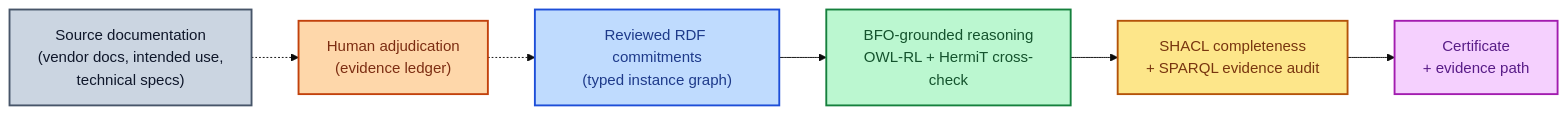
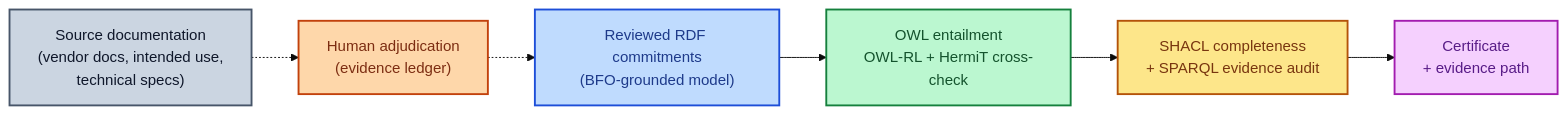
One commit to Amosk21/ARCO changed the diagram in README.md. Above: the diagram before and after it, drawn with Mermaid (base theme). The commit also changed other lines of this file, not shown here.

Commit message:
docs: clarify audit chain

````diff
--- a/README.md
+++ b/README.md
@@ -25,22 +25,22 @@
 ```mermaid
 flowchart LR
     SRC["Source documentation<br/>(vendor docs, intended use,<br/>technical specs)"]
     ADJ["Human adjudication<br/>(evidence ledger)"]
-    COMMIT["Reviewed RDF commitments<br/>(typed instance graph)"]
-    REASON["BFO-grounded reasoning<br/>OWL-RL + HermiT cross-check"]
+    COMMIT["Reviewed RDF commitments<br/>(BFO-grounded model)"]
+    REASON["OWL entailment<br/>OWL-RL + HermiT cross-check"]
     AUDIT["SHACL completeness<br/>+ SPARQL evidence audit"]
     CERT["Certificate<br/>+ evidence path"]
 
     SRC -.-> ADJ
     ADJ -.-> COMMIT
     COMMIT --> REASON
     REASON --> AUDIT
     AUDIT --> CERT
 
     style SRC fill:#cbd5e1,stroke:#475569,color:#0f172a,stroke-width:2px
     style ADJ fill:#fed7aa,stroke:#c2410c,color:#7c2d12,stroke-width:2px
     style COMMIT fill:#bfdbfe,stroke:#1d4ed8,color:#1e3a8a,stroke-width:2px
     style REASON fill:#bbf7d0,stroke:#15803d,color:#14532d,stroke-width:2px
     style AUDIT fill:#fde68a,stroke:#b45309,color:#78350f,stroke-width:2px
     style CERT fill:#f5d0fe,stroke:#a21caf,color:#581c87,stroke-width:2px
 ```
````
